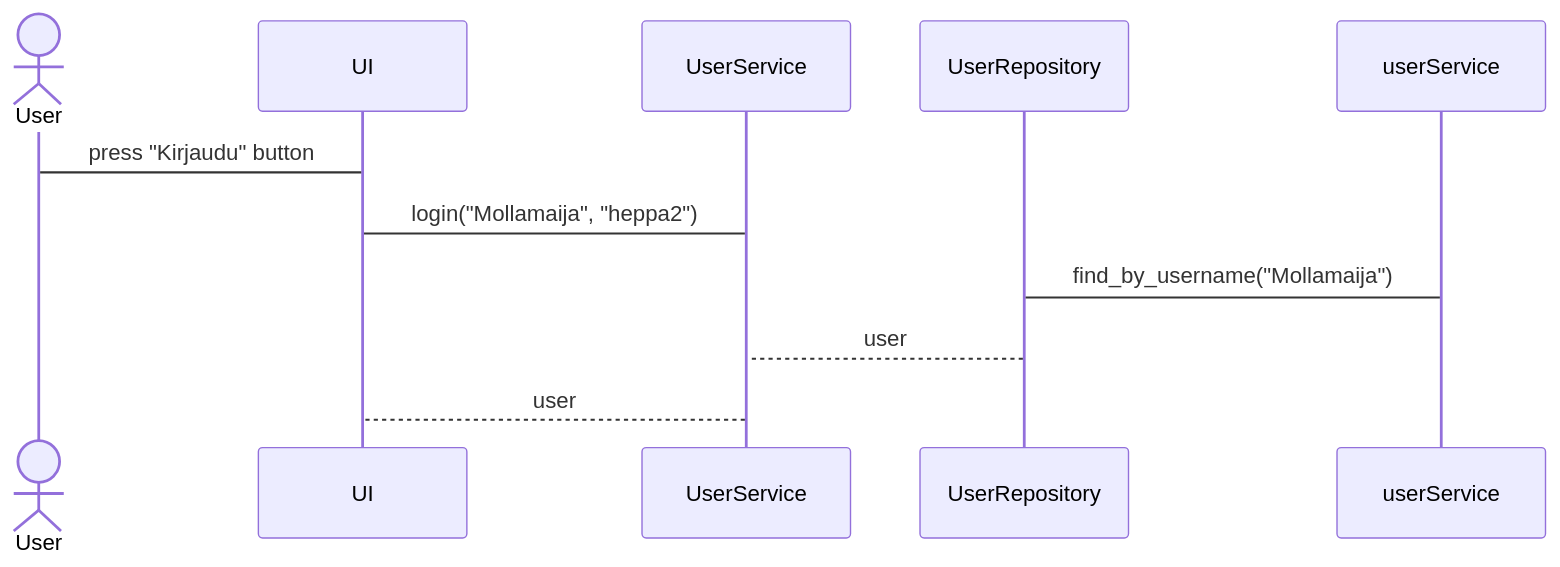
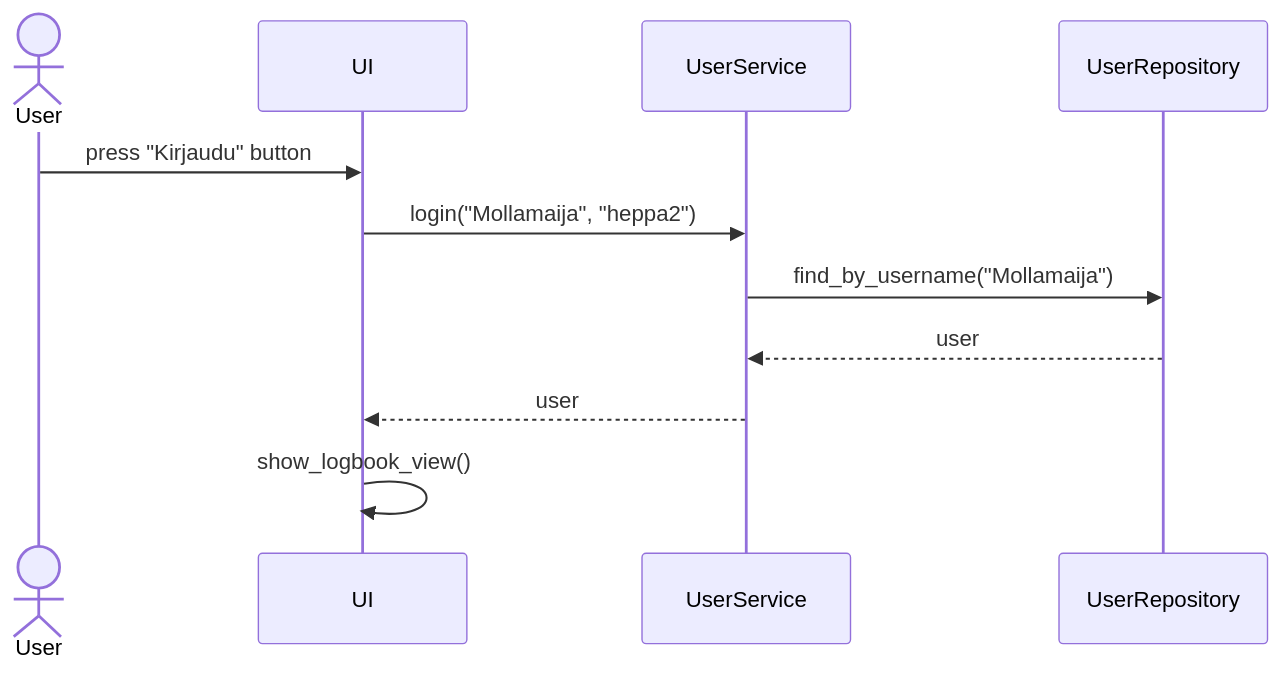
The second of 2 diagrams in dokumentaatio/arkkitehtuuri.md (brotholi/ot-harjoitustyo), drawn with Mermaid before and after one commit. The commit also changed other lines of this file, not shown here.

````diff
--- a/dokumentaatio/arkkitehtuuri.md
+++ b/dokumentaatio/arkkitehtuuri.md
@@ -28,12 +28,13 @@
 ```mermaid
 sequenceDiagram
   actor User
   participant UI
   participant UserService
   participant UserRepository
-  User->UI: press "Kirjaudu" button
-  UI->UserService: login("Mollamaija", "heppa2")
-  userService->UserRepository: find_by_username("Mollamaija")
-  UserRepository-->UserService: user
-  UserService-->UI: user
+  User->>UI: press "Kirjaudu" button
+  UI->>UserService: login("Mollamaija", "heppa2")
+  UserService->>UserRepository: find_by_username("Mollamaija")
+  UserRepository-->>UserService: user
+  UserService-->>UI: user
+  UI->>UI: show_logbook_view()
 ```
````
